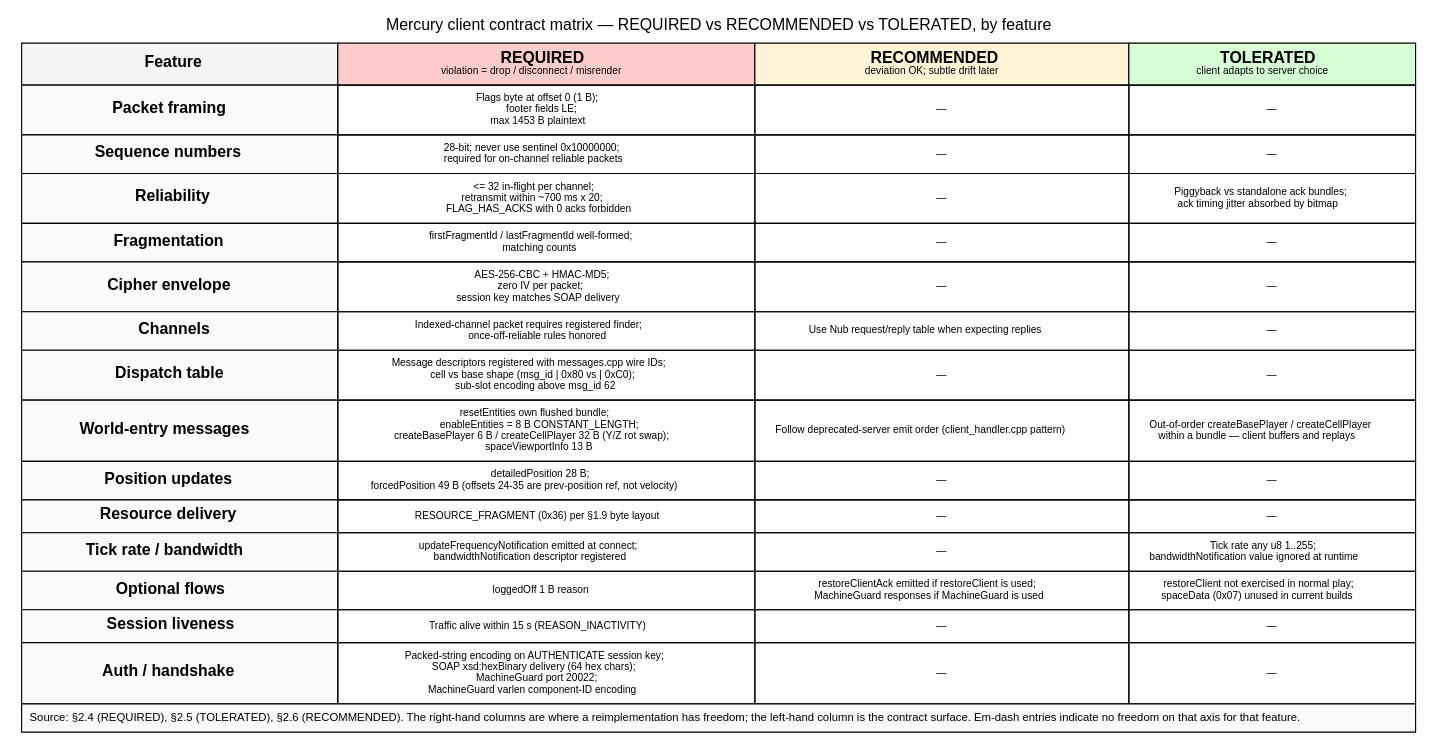
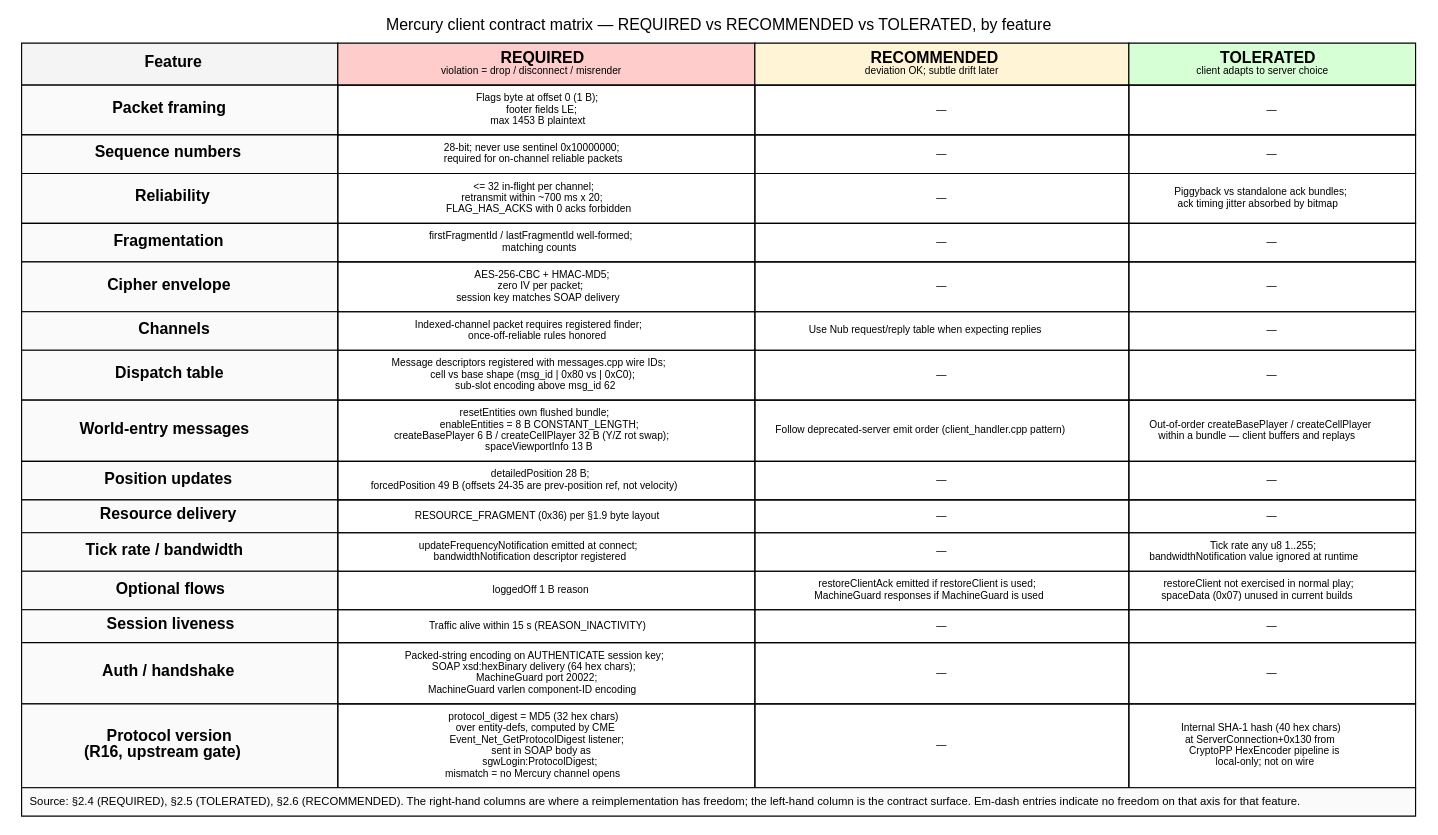
Before and after one commit to SandboxServers/Cimmeria: the diagram in docs/drafts/spec/figures/sources/mercury-37-client-contract-matrix.dot, drawn with Graphviz. The commit also changed 6 other files, not shown here.

```diff
--- a/docs/drafts/spec/figures/sources/mercury-37-client-contract-matrix.dot
+++ b/docs/drafts/spec/figures/sources/mercury-37-client-contract-matrix.dot
@@ -1,103 +1,109 @@
 digraph G {
   rankdir=LR
   node [shape=plaintext fontname=Helvetica]
   graph [label="Mercury client contract matrix — REQUIRED vs RECOMMENDED vs TOLERATED, by feature" labelloc=t fontsize=14 fontname=Helvetica]
 
   layout [label=<
     <TABLE BORDER="0" CELLBORDER="1" CELLSPACING="0" CELLPADDING="6">
       <TR>
         <TD BGCOLOR="#f4f4f4" WIDTH="170"><B>Feature</B></TD>
         <TD BGCOLOR="#ffcccc"><B>REQUIRED</B><BR/><FONT POINT-SIZE="9">violation = drop / disconnect / misrender</FONT></TD>
         <TD BGCOLOR="#fff4d6"><B>RECOMMENDED</B><BR/><FONT POINT-SIZE="9">deviation OK; subtle drift later</FONT></TD>
         <TD BGCOLOR="#d6ffd6"><B>TOLERATED</B><BR/><FONT POINT-SIZE="9">client adapts to server choice</FONT></TD>
       </TR>
       <TR>
         <TD BGCOLOR="#fafafa"><B>Packet framing</B></TD>
         <TD><FONT POINT-SIZE="9">Flags byte at offset 0 (1 B);<BR/>footer fields LE;<BR/>max 1453 B plaintext</FONT></TD>
         <TD><FONT POINT-SIZE="9">—</FONT></TD>
         <TD><FONT POINT-SIZE="9">—</FONT></TD>
       </TR>
       <TR>
         <TD BGCOLOR="#fafafa"><B>Sequence numbers</B></TD>
         <TD><FONT POINT-SIZE="9">28-bit; never use sentinel 0x10000000;<BR/>required for on-channel reliable packets</FONT></TD>
         <TD><FONT POINT-SIZE="9">—</FONT></TD>
         <TD><FONT POINT-SIZE="9">—</FONT></TD>
       </TR>
       <TR>
         <TD BGCOLOR="#fafafa"><B>Reliability</B></TD>
         <TD><FONT POINT-SIZE="9">&lt;= 32 in-flight per channel;<BR/>retransmit within ~700 ms x 20;<BR/>FLAG_HAS_ACKS with 0 acks forbidden</FONT></TD>
         <TD><FONT POINT-SIZE="9">—</FONT></TD>
         <TD><FONT POINT-SIZE="9">Piggyback vs standalone ack bundles;<BR/>ack timing jitter absorbed by bitmap</FONT></TD>
       </TR>
       <TR>
         <TD BGCOLOR="#fafafa"><B>Fragmentation</B></TD>
         <TD><FONT POINT-SIZE="9">firstFragmentId / lastFragmentId well-formed;<BR/>matching counts</FONT></TD>
         <TD><FONT POINT-SIZE="9">—</FONT></TD>
         <TD><FONT POINT-SIZE="9">—</FONT></TD>
       </TR>
       <TR>
         <TD BGCOLOR="#fafafa"><B>Cipher envelope</B></TD>
         <TD><FONT POINT-SIZE="9">AES-256-CBC + HMAC-MD5;<BR/>zero IV per packet;<BR/>session key matches SOAP delivery</FONT></TD>
         <TD><FONT POINT-SIZE="9">—</FONT></TD>
         <TD><FONT POINT-SIZE="9">—</FONT></TD>
       </TR>
       <TR>
         <TD BGCOLOR="#fafafa"><B>Channels</B></TD>
         <TD><FONT POINT-SIZE="9">Indexed-channel packet requires registered finder;<BR/>once-off-reliable rules honored</FONT></TD>
         <TD><FONT POINT-SIZE="9">Use Nub request/reply table when expecting replies</FONT></TD>
         <TD><FONT POINT-SIZE="9">—</FONT></TD>
       </TR>
       <TR>
         <TD BGCOLOR="#fafafa"><B>Dispatch table</B></TD>
         <TD><FONT POINT-SIZE="9">Message descriptors registered with messages.cpp wire IDs;<BR/>cell vs base shape (msg_id | 0x80 vs | 0xC0);<BR/>sub-slot encoding above msg_id 62</FONT></TD>
         <TD><FONT POINT-SIZE="9">—</FONT></TD>
         <TD><FONT POINT-SIZE="9">—</FONT></TD>
       </TR>
       <TR>
         <TD BGCOLOR="#fafafa"><B>World-entry messages</B></TD>
         <TD><FONT POINT-SIZE="9">resetEntities own flushed bundle;<BR/>enableEntities = 8 B CONSTANT_LENGTH;<BR/>createBasePlayer 6 B / createCellPlayer 32 B (Y/Z rot swap);<BR/>spaceViewportInfo 13 B</FONT></TD>
         <TD><FONT POINT-SIZE="9">Follow deprecated-server emit order (client_handler.cpp pattern)</FONT></TD>
         <TD><FONT POINT-SIZE="9">Out-of-order createBasePlayer / createCellPlayer<BR/>within a bundle — client buffers and replays</FONT></TD>
       </TR>
       <TR>
         <TD BGCOLOR="#fafafa"><B>Position updates</B></TD>
         <TD><FONT POINT-SIZE="9">detailedPosition 28 B;<BR/>forcedPosition 49 B (offsets 24-35 are prev-position ref, not velocity)</FONT></TD>
         <TD><FONT POINT-SIZE="9">—</FONT></TD>
         <TD><FONT POINT-SIZE="9">—</FONT></TD>
       </TR>
       <TR>
         <TD BGCOLOR="#fafafa"><B>Resource delivery</B></TD>
         <TD><FONT POINT-SIZE="9">RESOURCE_FRAGMENT (0x36) per §1.9 byte layout</FONT></TD>
         <TD><FONT POINT-SIZE="9">—</FONT></TD>
         <TD><FONT POINT-SIZE="9">—</FONT></TD>
       </TR>
       <TR>
         <TD BGCOLOR="#fafafa"><B>Tick rate / bandwidth</B></TD>
         <TD><FONT POINT-SIZE="9">updateFrequencyNotification emitted at connect;<BR/>bandwidthNotification descriptor registered</FONT></TD>
         <TD><FONT POINT-SIZE="9">—</FONT></TD>
         <TD><FONT POINT-SIZE="9">Tick rate any u8 1..255;<BR/>bandwidthNotification value ignored at runtime</FONT></TD>
       </TR>
       <TR>
         <TD BGCOLOR="#fafafa"><B>Optional flows</B></TD>
         <TD><FONT POINT-SIZE="9">loggedOff 1 B reason</FONT></TD>
         <TD><FONT POINT-SIZE="9">restoreClientAck emitted if restoreClient is used;<BR/>MachineGuard responses if MachineGuard is used</FONT></TD>
         <TD><FONT POINT-SIZE="9">restoreClient not exercised in normal play;<BR/>spaceData (0x07) unused in current builds</FONT></TD>
       </TR>
       <TR>
         <TD BGCOLOR="#fafafa"><B>Session liveness</B></TD>
         <TD><FONT POINT-SIZE="9">Traffic alive within 15 s (REASON_INACTIVITY)</FONT></TD>
         <TD><FONT POINT-SIZE="9">—</FONT></TD>
         <TD><FONT POINT-SIZE="9">—</FONT></TD>
       </TR>
       <TR>
         <TD BGCOLOR="#fafafa"><B>Auth / handshake</B></TD>
         <TD><FONT POINT-SIZE="9">Packed-string encoding on AUTHENTICATE session key;<BR/>SOAP xsd:hexBinary delivery (64 hex chars);<BR/>MachineGuard port 20022;<BR/>MachineGuard varlen component-ID encoding</FONT></TD>
         <TD><FONT POINT-SIZE="9">—</FONT></TD>
         <TD><FONT POINT-SIZE="9">—</FONT></TD>
       </TR>
       <TR>
+        <TD BGCOLOR="#fafafa"><B>Protocol version<BR/>(R16, upstream gate)</B></TD>
+        <TD><FONT POINT-SIZE="9">protocol_digest = MD5 (32 hex chars)<BR/>over entity-defs, computed by CME<BR/>Event_Net_GetProtocolDigest listener;<BR/>sent in SOAP body as<BR/>sgwLogin:ProtocolDigest;<BR/>mismatch = no Mercury channel opens</FONT></TD>
+        <TD><FONT POINT-SIZE="9">—</FONT></TD>
+        <TD><FONT POINT-SIZE="9">Internal SHA-1 hash (40 hex chars)<BR/>at ServerConnection+0x130 from<BR/>CryptoPP HexEncoder pipeline is<BR/>local-only; not on wire</FONT></TD>
+      </TR>
+      <TR>
         <TD COLSPAN="4" BGCOLOR="#fafafa"><FONT POINT-SIZE="10">Source: §2.4 (REQUIRED), §2.5 (TOLERATED), §2.6 (RECOMMENDED). The right-hand columns are where a reimplementation has freedom; the left-hand column is the contract surface. Em-dash entries indicate no freedom on that axis for that feature.</FONT></TD>
       </TR>
     </TABLE>
   >]
 }
```
